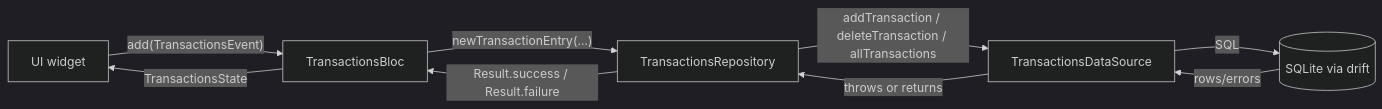
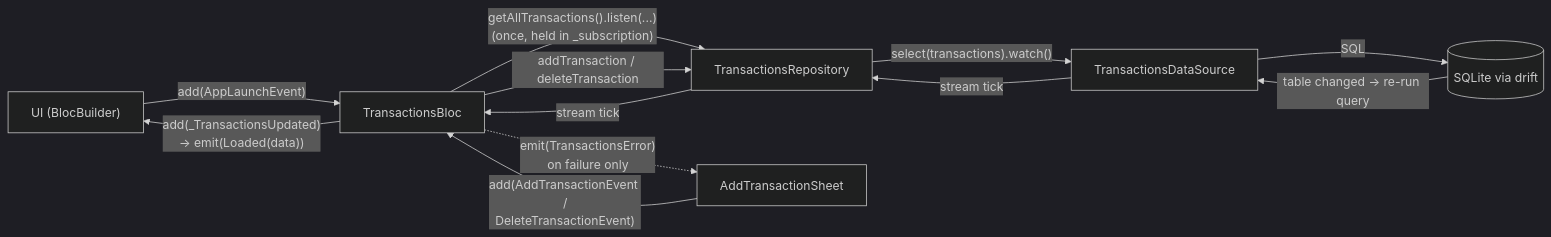
One commit to Israa050/money-log changed the first of 2 diagrams in README.md. Above: the diagram before and after it, drawn with Mermaid (dark theme). The commit also changed other lines of this file and 19 other files, not shown here.

````diff
--- a/README.md
+++ b/README.md
@@ -83,11 +114,15 @@
 ```mermaid
 flowchart LR
-    UI[UI widget] -- "add(TransactionsEvent)" --> Bloc[TransactionsBloc]
-    Bloc -- "newTransactionEntry(...)" --> Repo[TransactionsRepository]
-    Repo -- "addTransaction / deleteTransaction / allTransactions" --> DS[TransactionsDataSource]
+    UI["UI (BlocBuilder)"] -- "add(AppLaunchEvent)" --> Bloc[TransactionsBloc]
+    Bloc -- "getAllTransactions().listen(...)\n(once, held in _subscription)" --> Repo[TransactionsRepository]
+    Repo -- "select(transactions).watch()" --> DS[TransactionsDataSource]
     DS -- "SQL" --> DB[(SQLite via drift)]
-    DB -- rows/errors --> DS
-    DS -- "throws or returns" --> Repo
-    Repo -- "Result.success / Result.failure" --> Bloc
-    Bloc -- "TransactionsState" --> UI
+    DB -- "table changed → re-run query" --> DS
+    DS -- "stream tick" --> Repo
+    Repo -- "stream tick" --> Bloc
+    Bloc -- "add(_TransactionsUpdated)\n→ emit(Loaded(data))" --> UI
+
+    Sheet["AddTransactionSheet"] -- "add(AddTransactionEvent /\nDeleteTransactionEvent)" --> Bloc
+    Bloc -- "addTransaction / deleteTransaction" --> Repo
+    Bloc -. "emit(TransactionsError)\non failure only" .-> Sheet
 ```
````
